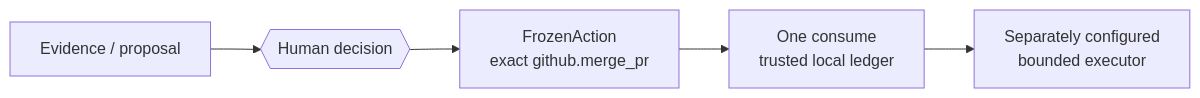
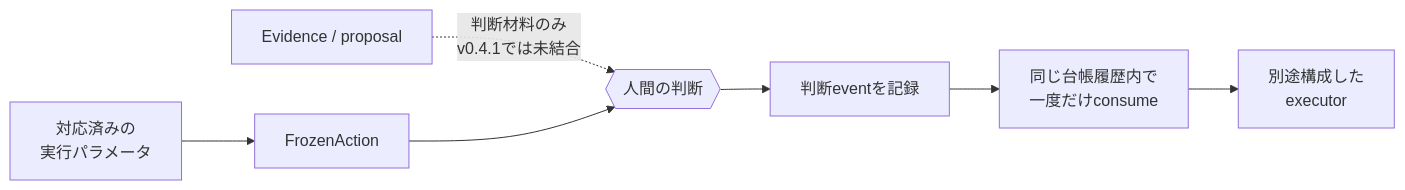
Before and after one commit to UMEBOSHIISAN/mothership: the diagram in README.md, drawn with Mermaid. The commit also changed other lines of this file and 10 other files, not shown here.

````diff
--- a/README.md
+++ b/README.md
@@ -69,7 +69,9 @@
 ```mermaid
 flowchart LR
-    E[Evidence / proposal] --> H{{Human decision}}
-    H --> F[FrozenAction<br/>exact github.merge_pr]
-    F --> L[One consume<br/>trusted local ledger]
-    L --> X[Separately configured<br/>bounded executor]
+    E["Evidence / proposal"] -. "判断材料のみ<br/>v0.4.1では未結合" .-> H{{"人間の判断"}}
+    P["対応済みの<br/>実行パラメータ"] --> F["FrozenAction"]
+    F --> H
+    H --> A["判断eventを記録"]
+    A --> C["同じ台帳履歴内で<br/>一度だけconsume"]
+    C --> X["別途構成した<br/>executor"]
 ```
````
